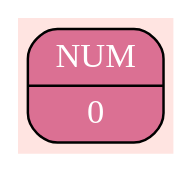
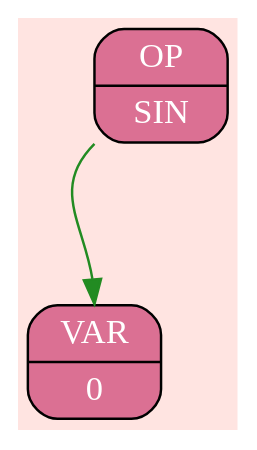
One commit to Shishkin-Vasiliy/Differentiator.Ai changed the diagram in Log/pict_0.dot. Above: the diagram before and after it, drawn with Graphviz. The commit also changed 18 other files, not shown here.

```diff
--- a/Log/pict_0.dot
+++ b/Log/pict_0.dot
@@ -1,10 +1,14 @@
 digraph {
 bgcolor="#FFE4E1";
 rankdir=TB;
 nodesep=0.8;
 ranksep=0.9;
 node_0x5030000000a0 [shape=Mrecord; style=filled; fillcolor="#DB7093"; fontcolor="#FFFFFF";
-       label="  { NUM | 0 }"];
+       label="  { OP | SIN }"];
 { rank=source; node_0x5030000000a0 };
-{ rank=sink; node_0x5030000000a0 };
+node_0x5030000000d0 [shape=Mrecord; style=filled; fillcolor="#DB7093"; fontcolor="#FFFFFF";
+       label="  { VAR | 0 }"];
+{ rank=sink; node_0x5030000000d0 };
+edge [color="#FFFFFF"];
+node_0x5030000000a0:sw -> node_0x5030000000d0:n [color="#228B22"];
 }
```
